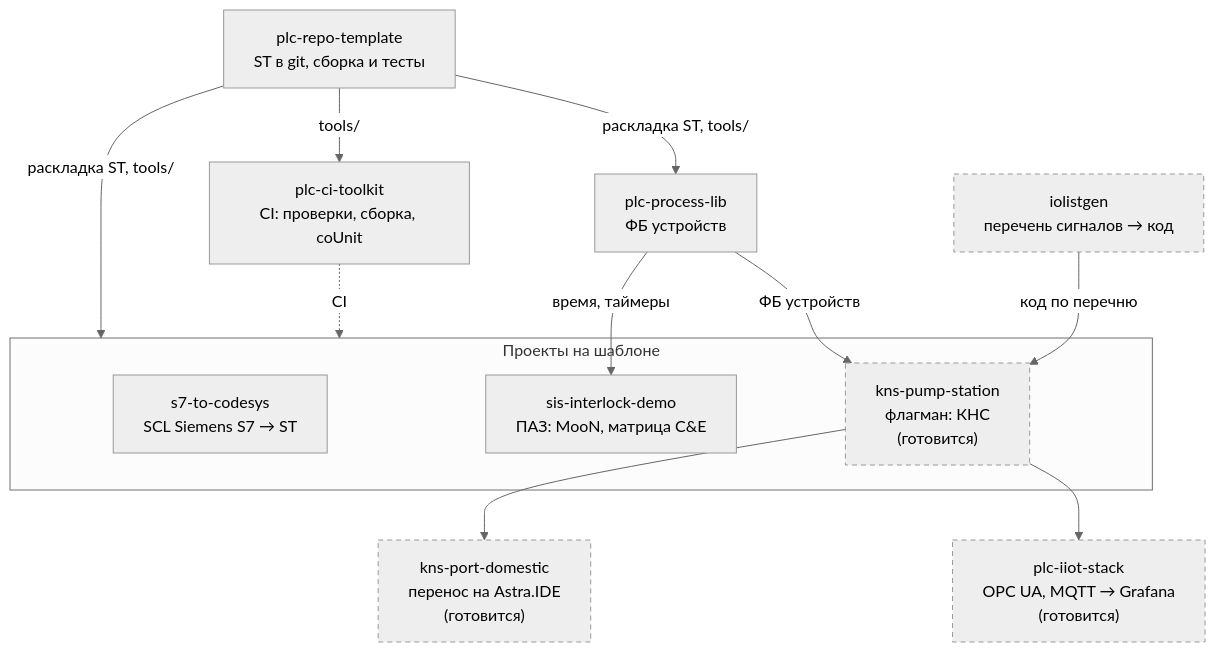
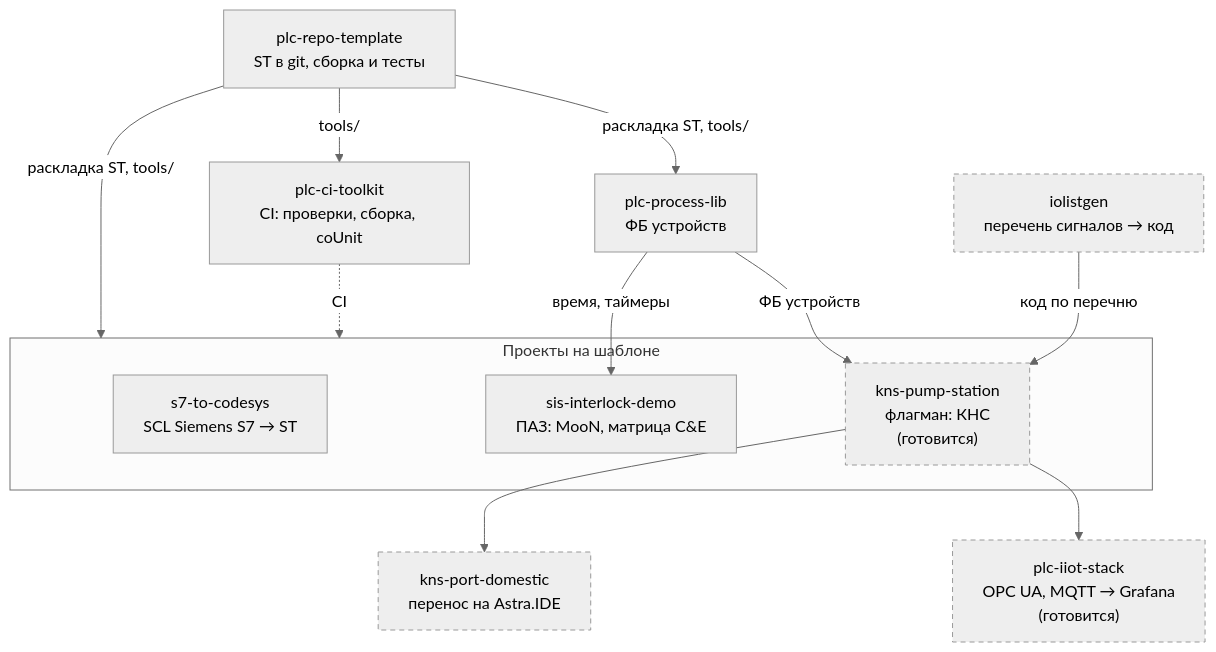
Before and after one commit to kr0nsch/kr0nsch: the diagram in README.md, drawn with Mermaid (neutral theme). The commit also changed other lines of this file, not shown here.

Commit message:
docs: kns-port-domestic опубликован

````diff
--- a/README.md
+++ b/README.md
@@ -56,29 +58,29 @@
 ```mermaid
 flowchart TB
     tpl["plc-repo-template<br/>ST в git, сборка и тесты"]
     ci["plc-ci-toolkit<br/>CI: проверки, сборка, coUnit"]
     lib["plc-process-lib<br/>ФБ устройств"]
     io["iolistgen<br/>перечень сигналов → код"]
 
     subgraph apps["Проекты на шаблоне"]
         s7["s7-to-codesys<br/>SCL Siemens S7 → ST"]
         sis["sis-interlock-demo<br/>ПАЗ: MooN, матрица C&E"]
         kns["kns-pump-station<br/>флагман: КНС<br/>(готовится)"]
     end
 
-    port["kns-port-domestic<br/>перенос на Astra.IDE<br/>(готовится)"]
+    port["kns-port-domestic<br/>перенос на Astra.IDE"]
     iiot["plc-iiot-stack<br/>OPC UA, MQTT → Grafana<br/>(готовится)"]
 
     tpl -- "tools/" --> ci
     tpl -- "раскладка ST, tools/" --> lib
     tpl -- "раскладка ST, tools/" --> apps
     ci -.->|"CI"| apps
     lib -- "время, таймеры" --> sis
     lib -- "ФБ устройств" --> kns
     io -- "код по перечню" --> kns
     kns --> port
     kns --> iiot
 
     classDef prep stroke-dasharray: 5 4
     class io,kns,port,iiot prep
 ```
````
